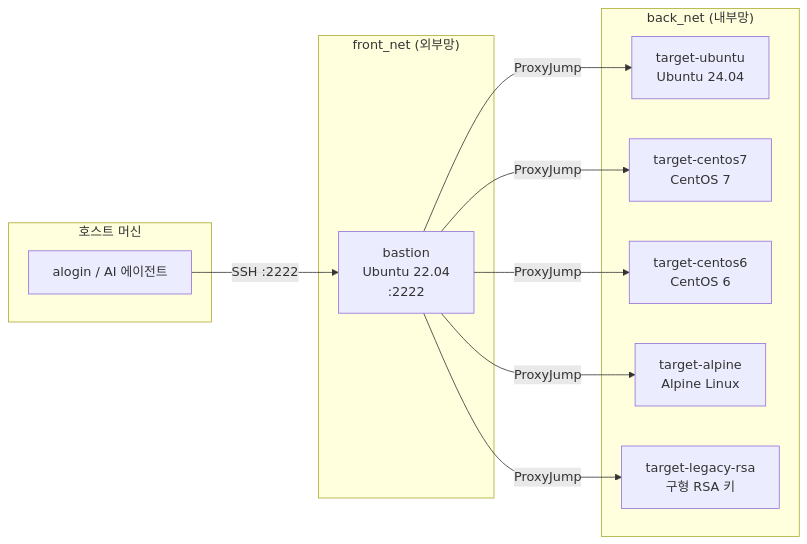
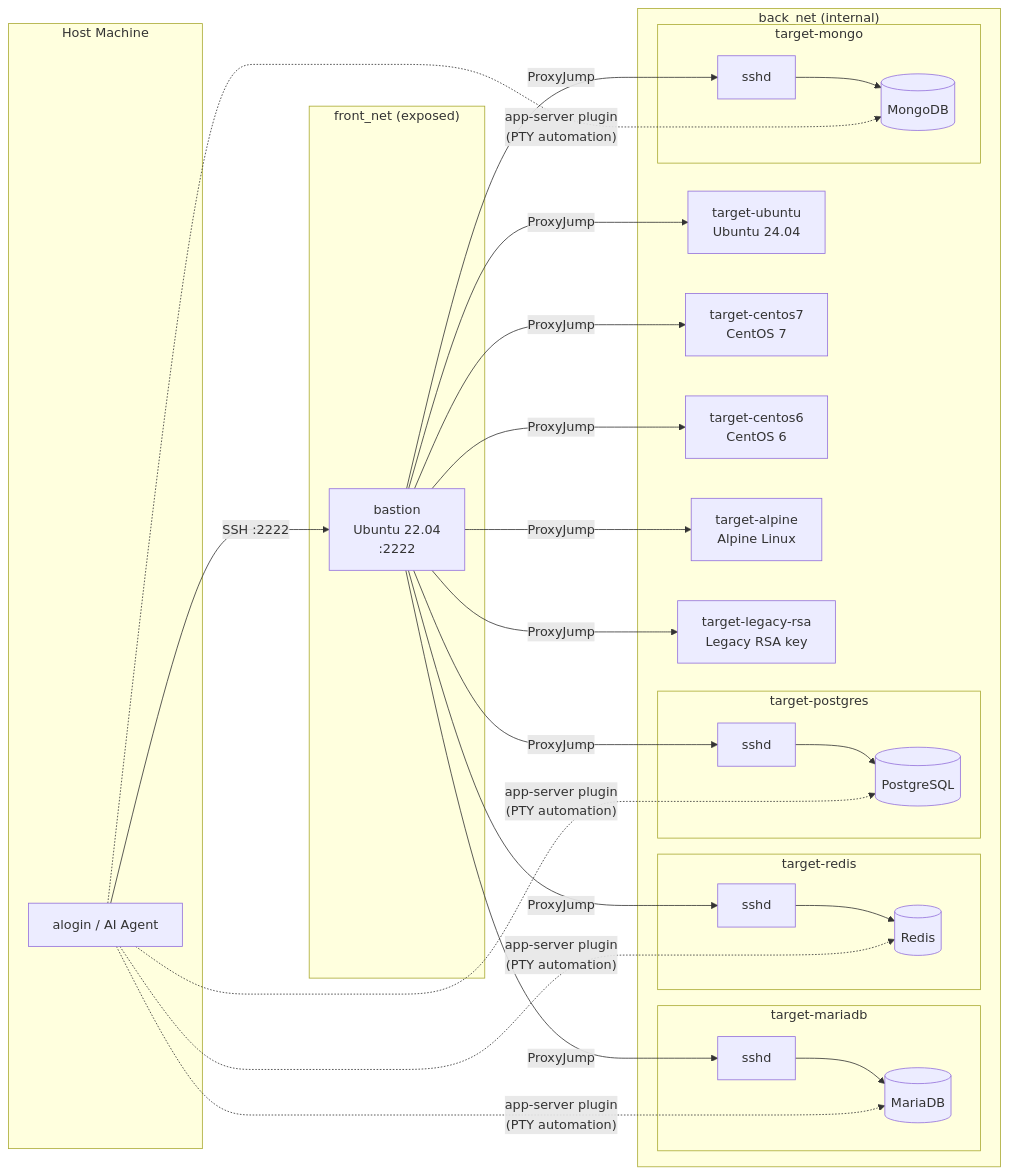
Before and after one commit to emusal/alogin2: the diagram in README.ko.md, drawn with Mermaid. The commit also changed other lines of this file and 3 other files, not shown here.

````diff
--- a/README.ko.md
+++ b/README.ko.md
@@ -140,25 +168,47 @@
 ```mermaid
 graph LR
-    subgraph host["호스트 머신"]
-        alogin["alogin / AI 에이전트"]
+    subgraph host["Host Machine"]
+        alogin["alogin / AI Agent"]
     end
 
-    subgraph front_net["front_net (외부망)"]
+    subgraph front_net["front_net (exposed)"]
         bastion["bastion\nUbuntu 22.04\n:2222"]
     end
 
-    subgraph back_net["back_net (내부망)"]
+    subgraph back_net["back_net (internal)"]
         ubuntu["target-ubuntu\nUbuntu 24.04"]
         centos7["target-centos7\nCentOS 7"]
         centos6["target-centos6\nCentOS 6"]
         alpine["target-alpine\nAlpine Linux"]
-        legacy["target-legacy-rsa\n구형 RSA 키"]
+        legacy["target-legacy-rsa\nLegacy RSA key"]
+
+        subgraph srv_mariadb["target-mariadb"]
+            ssh_mariadb["sshd"] --> app_mariadb[("MariaDB")]
+        end
+        subgraph srv_redis["target-redis"]
+            ssh_redis["sshd"] --> app_redis[("Redis")]
+        end
+        subgraph srv_postgres["target-postgres"]
+            ssh_postgres["sshd"] --> app_postgres[("PostgreSQL")]
+        end
+        subgraph srv_mongo["target-mongo"]
+            ssh_mongo["sshd"] --> app_mongo[("MongoDB")]
+        end
     end
 
     alogin -- "SSH :2222" --> bastion
     bastion -- "ProxyJump" --> ubuntu
     bastion -- "ProxyJump" --> centos7
     bastion -- "ProxyJump" --> centos6
     bastion -- "ProxyJump" --> alpine
     bastion -- "ProxyJump" --> legacy
+    bastion -- "ProxyJump" --> ssh_mariadb
+    bastion -- "ProxyJump" --> ssh_redis
+    bastion -- "ProxyJump" --> ssh_postgres
+    bastion -- "ProxyJump" --> ssh_mongo
+
+    alogin -. "app-server plugin\n(PTY automation)" .-> app_mariadb
+    alogin -. "app-server plugin\n(PTY automation)" .-> app_redis
+    alogin -. "app-server plugin\n(PTY automation)" .-> app_postgres
+    alogin -. "app-server plugin\n(PTY automation)" .-> app_mongo
 ```
````
